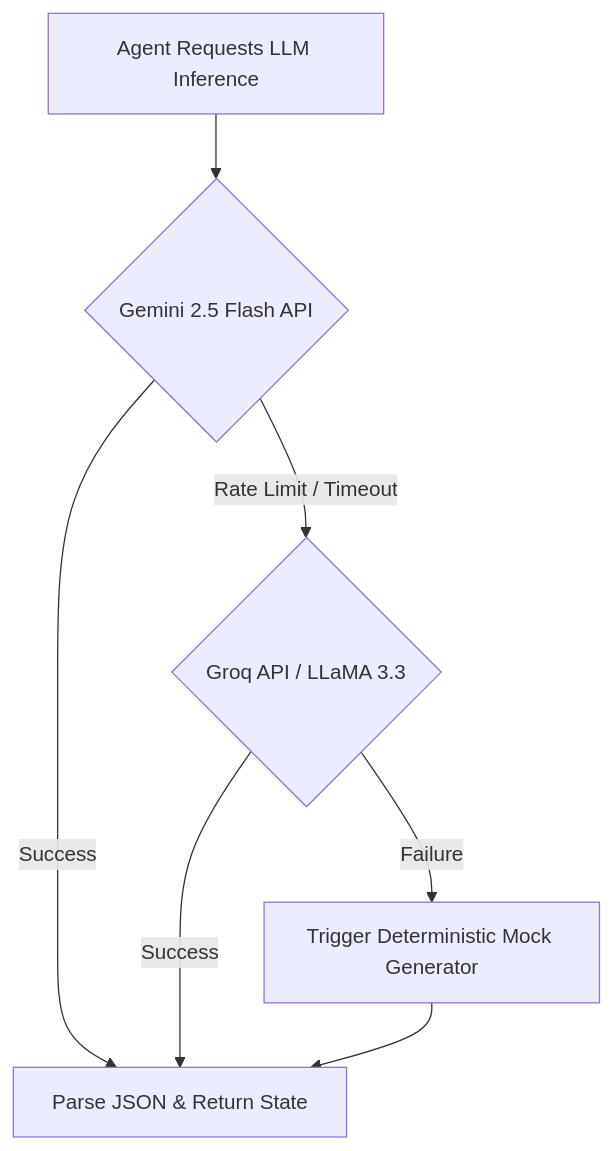
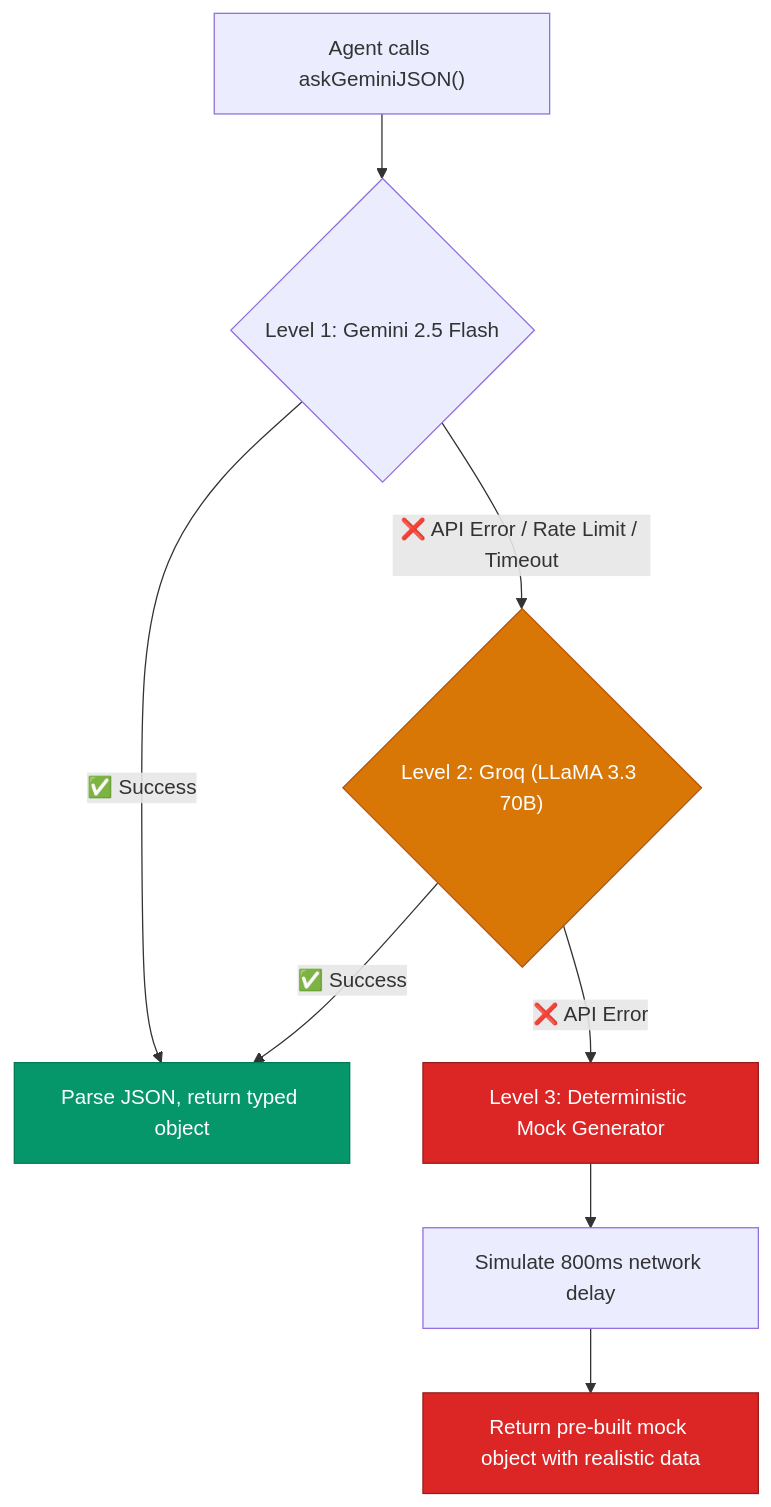
The fourth of 6 diagrams in README.md (PavanKalyan1430/INVEST-IQ-INVESTMENT-RESEARCH-AGENT-), drawn with Mermaid before and after one commit. The commit also changed other lines of this file, not shown here.

````diff
--- a/README.md
+++ b/README.md
@@ -207,11 +496,17 @@
 ```mermaid
 flowchart TD
-    Req[Agent Requests LLM Inference] --> Gemini{Gemini 2.5 Flash API}
-    Gemini -- Success --> Return[Parse JSON & Return State]
-    Gemini -- Rate Limit / Timeout --> Groq{Groq API / LLaMA 3.3}
+    classDef success fill:#059669,stroke:#047857,color:#fff
+    classDef warning fill:#d97706,stroke:#b45309,color:#fff
+    classDef danger fill:#dc2626,stroke:#991b1b,color:#fff
+
+    Request["Agent calls askGeminiJSON()"] --> L1{"Level 1: Gemini 2.5 Flash"}
     
-    Groq -- Success --> Return
-    Groq -- Failure --> Mock[Trigger Deterministic Mock Generator]
+    L1 -->|"✅ Success"| Parse["Parse JSON, return typed object"]:::success
+    L1 -->|"❌ API Error / Rate Limit / Timeout"| L2{"Level 2: Groq (LLaMA 3.3 70B)"}:::warning
     
-    Mock --> Return
+    L2 -->|"✅ Success"| Parse
+    L2 -->|"❌ API Error"| L3["Level 3: Deterministic Mock Generator"]:::danger
+    
+    L3 --> Delay["Simulate 800ms network delay"]
+    Delay --> Mock["Return pre-built mock object with realistic data"]:::danger
 ```
````
